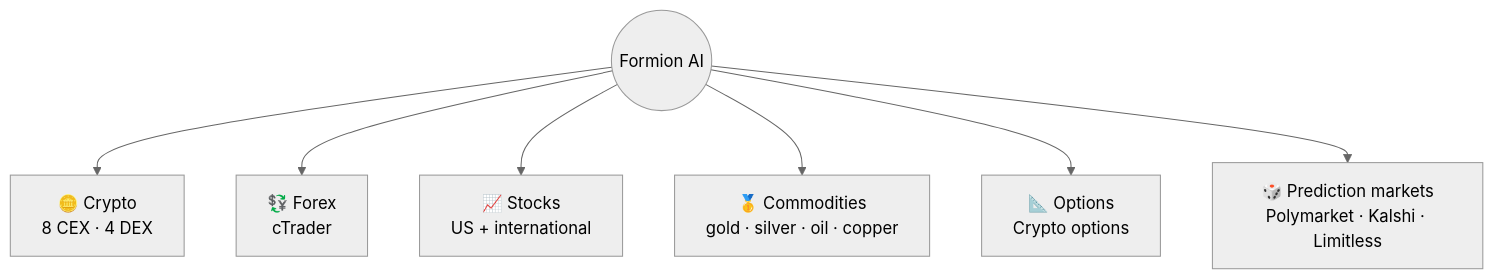
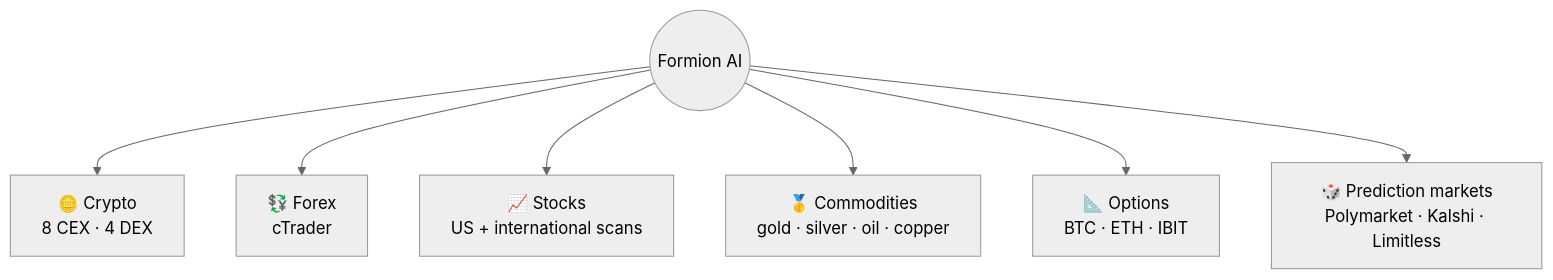
The diagram in markets.md (formionai/docs), drawn with Mermaid (neutral theme) before and after one commit. The commit also changed other lines of this file and 47 other files, not shown here.

````diff
--- a/markets.md
+++ b/markets.md
@@ -7,9 +7,9 @@
 ```mermaid
 flowchart TD
   F(("Formion AI")) --> C["🪙 Crypto<br/>8 CEX · 4 DEX"]
   F --> X["💱 Forex<br/>cTrader"]
-  F --> S["📈 Stocks<br/>US + international"]
+  F --> S["📈 Stocks<br/>US + international scans"]
   F --> M["🥇 Commodities<br/>gold · silver · oil · copper"]
-  F --> O["📐 Options<br/>Crypto options"]
+  F --> O["📐 Options<br/>BTC · ETH · IBIT"]
   F --> P["🎲 Prediction markets<br/>Polymarket · Kalshi · Limitless"]
 ```
````
